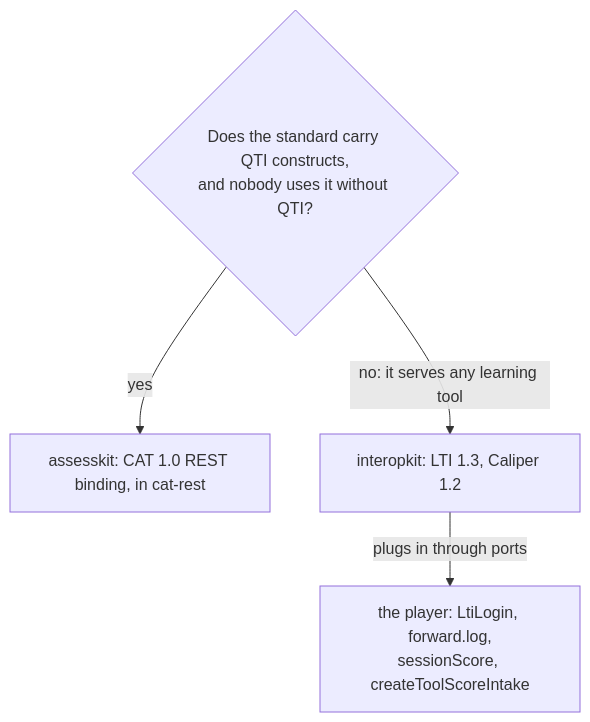
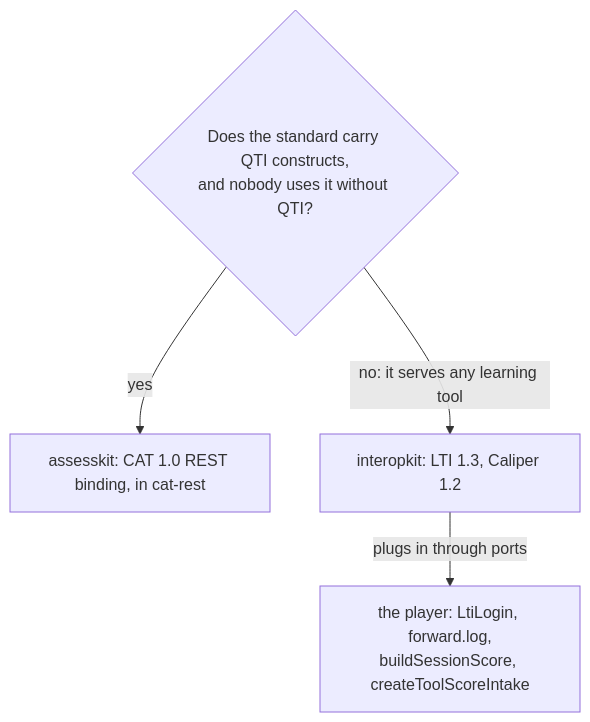
Before and after one commit to assesskit/assesskit: the second of 7 diagrams in docs/player/cat.md, drawn with Mermaid. The commit also changed other lines of this file and 80 other files, not shown here.

````diff
--- a/docs/player/cat.md
+++ b/docs/player/cat.md
@@ -58,7 +58,7 @@
 ```mermaid
 flowchart TD
   q{"Does the standard carry QTI constructs,<br/>and nobody uses it without QTI?"}
   q -->|yes| a["assesskit: CAT 1.0 REST binding, in cat-rest"]
   q -->|"no: it serves any learning tool"| i["interopkit: LTI 1.3, Caliper 1.2"]
-  i -->|"plugs in through ports"| p["the player: LtiLogin, forward.log,<br/>sessionScore, createToolScoreIntake"]
+  i -->|"plugs in through ports"| p["the player: LtiLogin, forward.log,<br/>buildSessionScore, createToolScoreIntake"]
 ```
````
